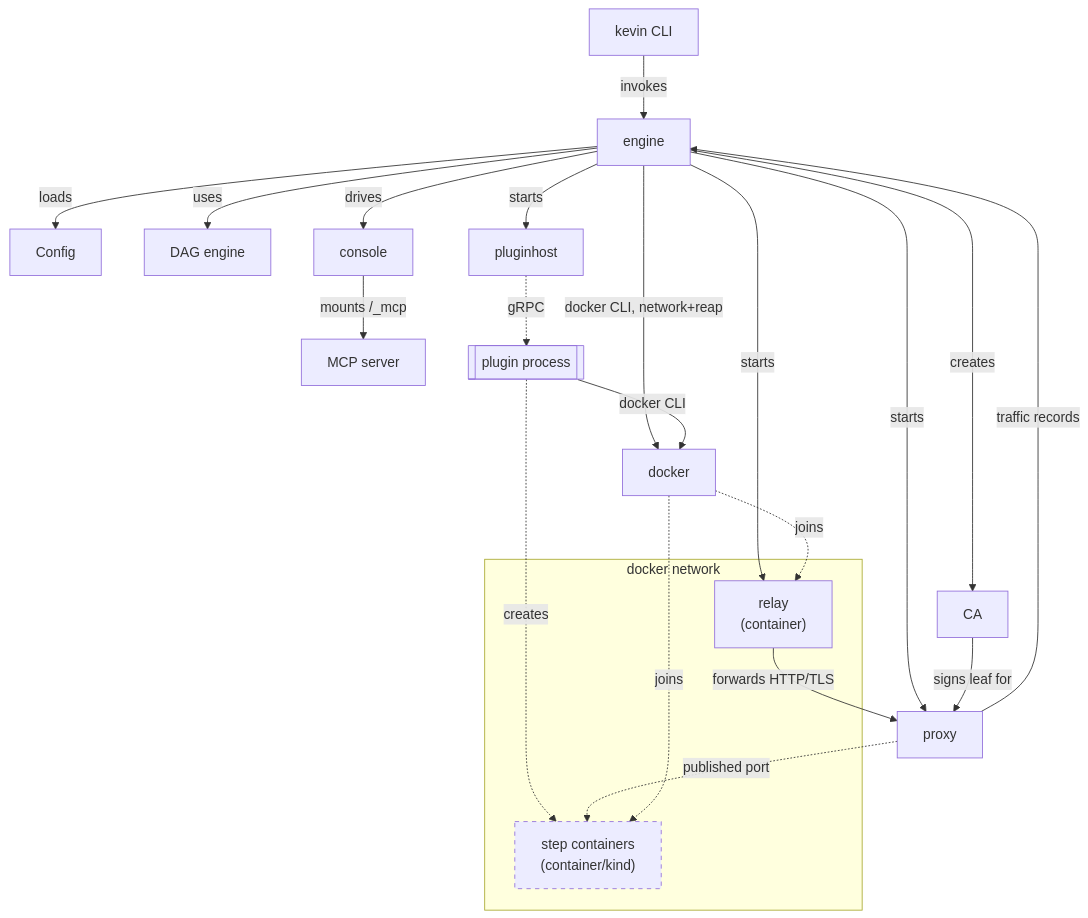
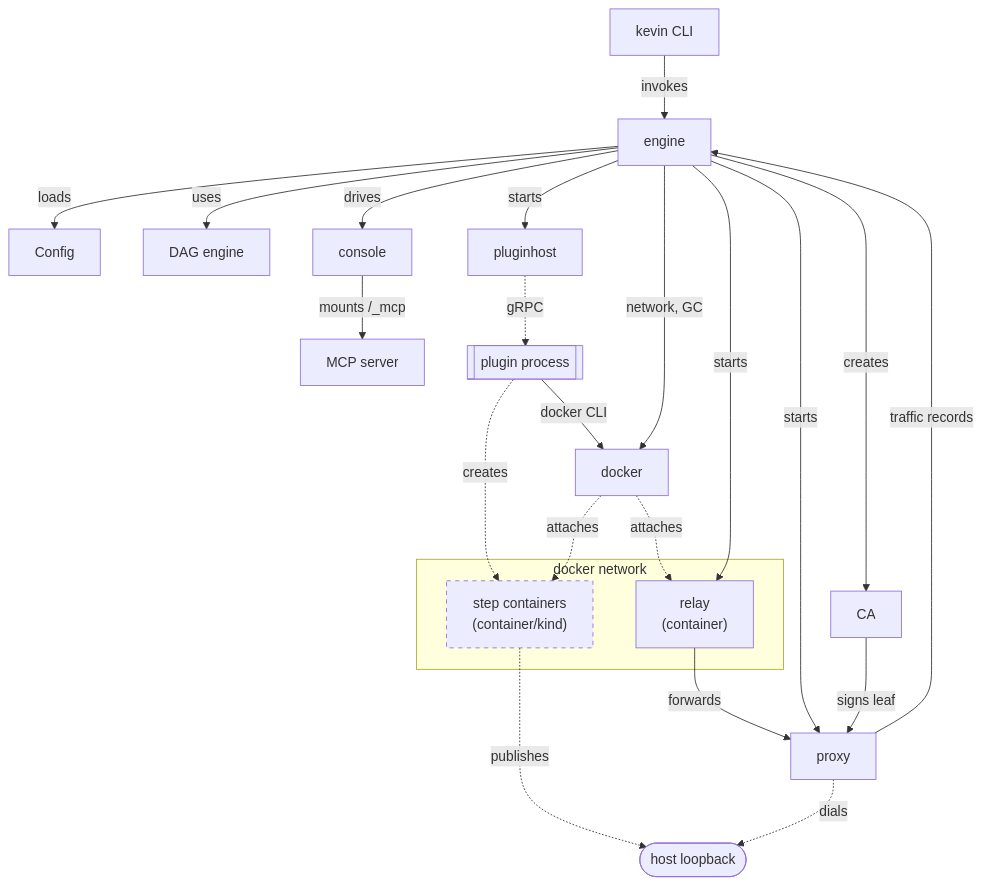
The diagram in docs/site/content/docs/concepts/architecture.md (justenwalker/kevin), drawn with Mermaid before and after one commit. The commit also changed other lines of this file and 58 other files, not shown here.

````diff
--- a/docs/site/content/docs/concepts/architecture.md
+++ b/docs/site/content/docs/concepts/architecture.md
@@ -13,32 +12,44 @@
 ```mermaid
 graph TD
-    CLI["kevin CLI"] -->|invokes| ENG[engine]
-
-    ENG -->|loads| CFG["Config"]
-    ENG -->|uses| DAG["DAG engine"]
-    ENG -->|creates| CA["CA"]
-    ENG -->|starts| HOST[pluginhost]
-    ENG -->|starts| PROXY[proxy]
-    ENG -->|drives| CON[console]
-    CON -->|mounts /_mcp| MCPN[MCP server]
-    CA -->|signs leaf for| PROXY
+    CLI["kevin CLI"]
+    ENG[engine]
+    CFG["Config"]
+    DAG["DAG engine"]
+    HOST[pluginhost]
+    CON[console]
+    CA["CA"]
+    MCPN[MCP server]
+    PLUG[["plugin process"]]
+    D[docker]
+    PROXY[proxy]
+    LOOP(["host loopback"])
 
     subgraph DOCKERNET["docker network"]
         RELAY["relay<br/>(container)"]
         STEPC["step containers<br/>(container/kind)"]
     end
 
+    CLI -->|invokes| ENG
+    ENG -->|loads| CFG
+    ENG -->|uses| DAG
+    ENG -->|starts| HOST
+    ENG -->|drives| CON
+    ENG -->|creates| CA
+    CON -->|mounts /_mcp| MCPN
+    HOST -.gRPC.-> PLUG
+    PLUG -->|docker CLI| D
+    ENG -->|network, GC| D
+    PLUG -.->|creates| STEPC
+    STEPC -.->|publishes| LOOP
+    PROXY -.->|dials| LOOP
+    RELAY -->|forwards| PROXY
+    ENG -->|starts| PROXY
+    CA -->|signs leaf| PROXY
+    D -.attaches.-> RELAY
     ENG -->|starts| RELAY
-    ENG -->|docker CLI, network+reap| D[docker]
-    HOST -.gRPC.-> PLUG[["plugin process"]]
-    PLUG -->|docker CLI| D
-    PLUG -.->|creates| STEPC
-    PROXY -.->|published port| STEPC
-    RELAY -->|forwards HTTP/TLS| PROXY
-    D -.joins.-> RELAY
-    D -.joins.-> STEPC
+    D -.attaches.-> STEPC
     PROXY -->|traffic records| ENG
 
     classDef dashedNode stroke-dasharray: 5 5
     class STEPC dashedNode
 ```
````
